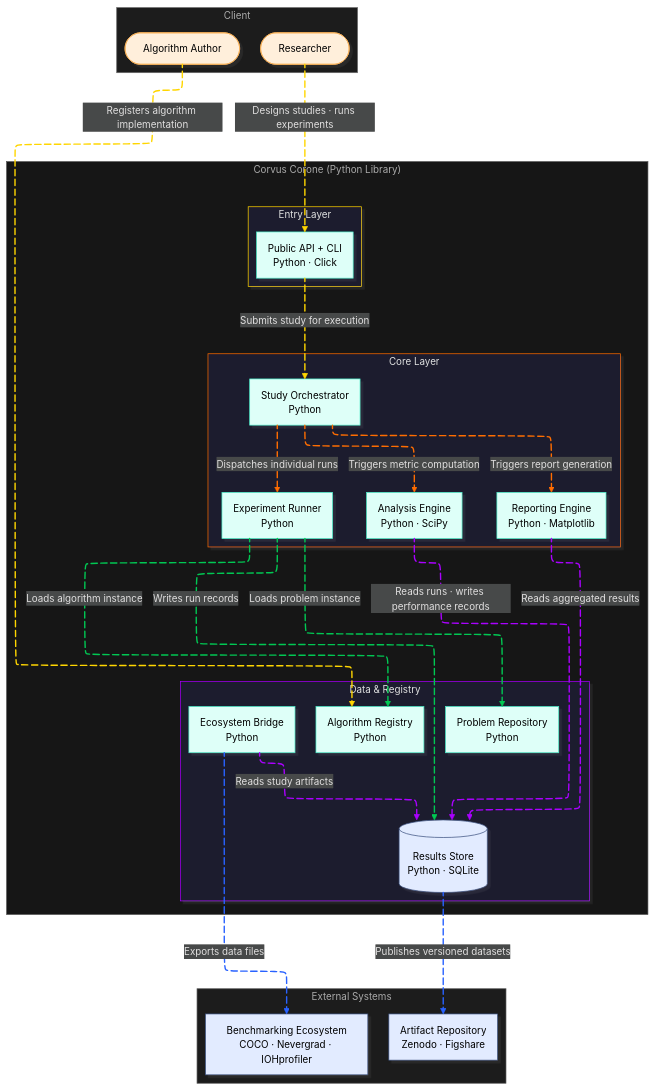
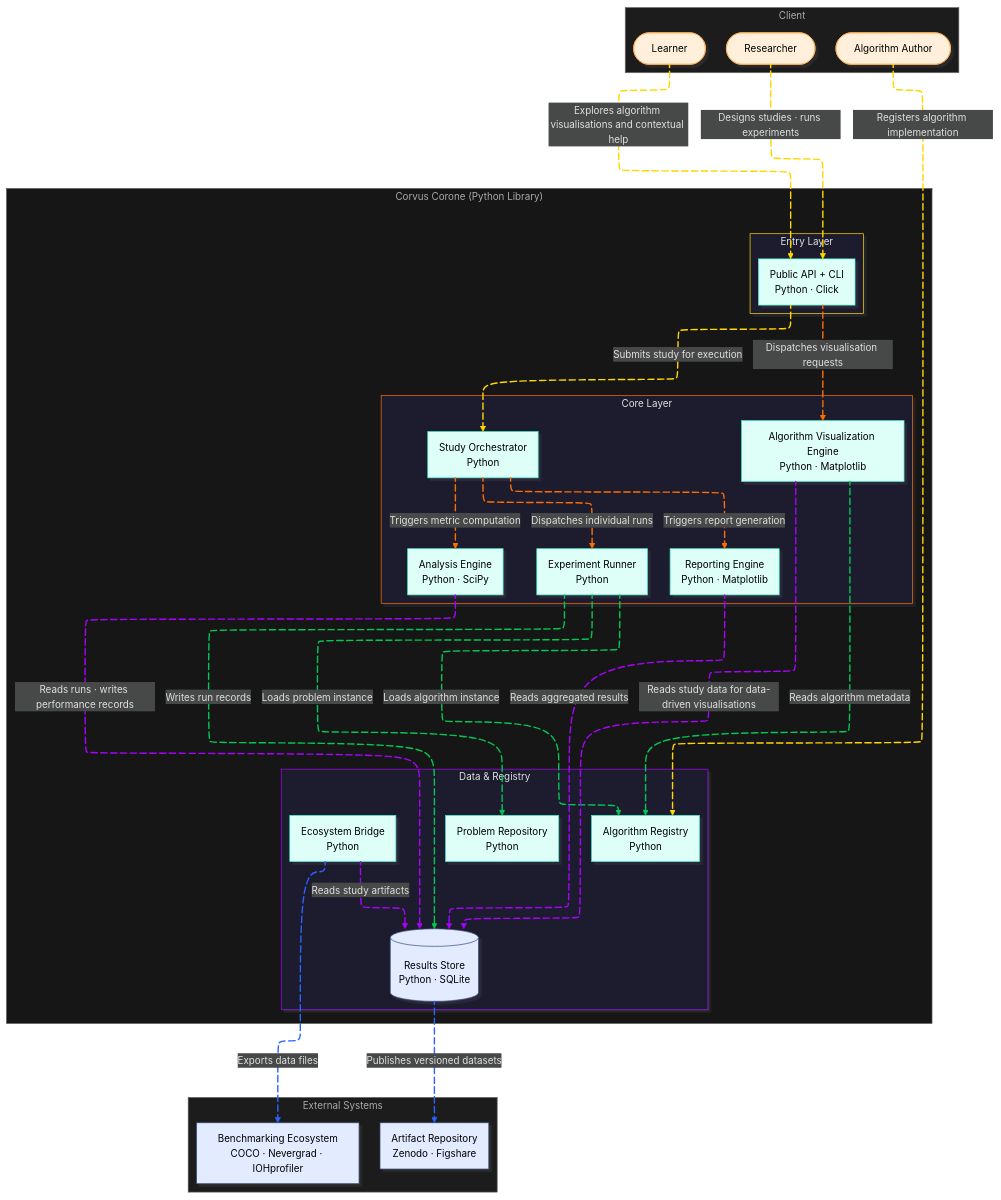
The diagram in docs/02-design/02-architecture/03-c2-containers.md (jedrzejpolaczek/aviarium.corvidae.corvus_corone), drawn with Mermaid before and after one commit. The commit also changed 1 other file, not shown here.

Commit message:
docs: fix diagrams

````diff
--- a/docs/02-design/02-architecture/03-c2-containers.md
+++ b/docs/02-design/02-architecture/03-c2-containers.md
@@ -34,6 +34,7 @@
   subgraph Client["Client"]
     researcher(["Researcher"])
     alg_author(["Algorithm Author"])
+    learner(["Learner"])
   end
 
   subgraph EntryLayer["Entry Layer"]
@@ -45,6 +46,7 @@
     runner["Experiment Runner\nPython"]
     analysis["Analysis Engine\nPython · SciPy"]
     reporting["Reporting Engine\nPython · Matplotlib"]
+    viz_engine["Algorithm Visualization Engine\nPython · Matplotlib"]
   end
 
   subgraph DataLayer["Data & Registry"]
@@ -79,14 +81,20 @@
   bridge L_bridge_store@-- Reads study artifacts --> store
   bridge L_bridge_ecosystem@-- Exports data files --> ecosystem
   store L_store_artifact@-- Publishes versioned datasets --> artifact_repo
+  learner L_learner_api@-- Explores algorithm visualisations and contextual help --> api
+  api L_api_viz@-- Dispatches visualisation requests --> viz_engine
+  viz_engine L_viz_registry@-- Reads algorithm metadata --> registry
+  viz_engine L_viz_store@-- Reads study data for data-driven visualisations --> store
 
   researcher:::Peach
   alg_author:::Peach
+  learner:::Peach
   api:::Aqua
   orchestrator:::Aqua
   runner:::Aqua
   analysis:::Aqua
   reporting:::Aqua
+  viz_engine:::Aqua
   registry:::Aqua
   problems:::Aqua
   bridge:::Aqua
@@ -108,6 +116,8 @@
   style registry color:#000000
   style problems color:#000000
   style store color:#000000
+  style learner color:#000000
+  style viz_engine color:#000000
   style bridge color:#000000
   style ecosystem color:#000000
   style artifact_repo color:#000000
@@ -133,6 +143,10 @@
   linkStyle 11 stroke:#AA00FF,fill:none
   linkStyle 12 stroke:#2962FF,fill:none
   linkStyle 13 stroke:#2962FF,fill:none
+  linkStyle 14 stroke:#FFD600,fill:none
+  linkStyle 15 stroke:#FF6D00,fill:none
+  linkStyle 16 stroke:#00C853,fill:none
+  linkStyle 17 stroke:#AA00FF,fill:none
 
   L_researcher_api@{ animation: slow }
   L_alg_author_registry@{ animation: slow }
@@ -148,4 +162,8 @@
   L_bridge_store@{ animation: fast }
   L_bridge_ecosystem@{ animation: fast }
   L_store_artifact@{ animation: fast }
+  L_learner_api@{ animation: slow }
+  L_api_viz@{ animation: fast }
+  L_viz_registry@{ animation: fast }
+  L_viz_store@{ animation: fast }
 ```
````
